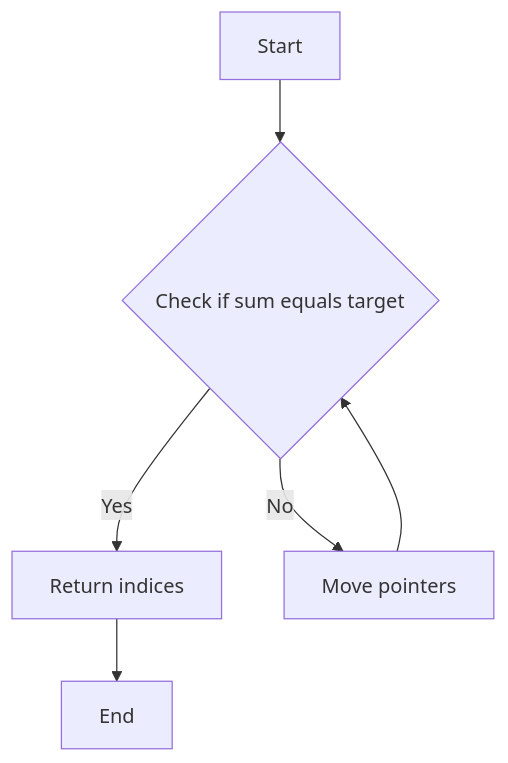
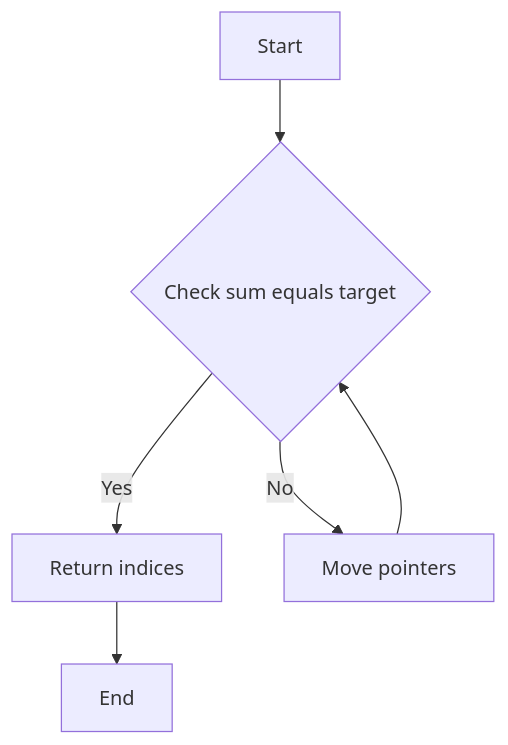
Before and after one commit to 42jerrykim/42jerrykim.github.io: the fourth of 7 diagrams in content/post/2024/2024-10-16-two-pointers/index.md, drawn with Mermaid. The commit also changed other lines of this file and 239 other files, not shown here.

````diff
--- a/content/post/2024/2024-10-16-two-pointers/index.md
+++ b/content/post/2024/2024-10-16-two-pointers/index.md
@@ -351,8 +361,8 @@
 ```mermaid
-graph TD;
-    A[Start] --> B{Check if sum equals target}
-    B -- Yes --> C[Return indices]
-    B -- No --> D[Move pointers]
-    D --> B
-    C --> E[End]
+flowchart TD
+    startNode["Start"] --> checkSum{"Check sum equals target"}
+    checkSum -->|"Yes"| returnIndices["Return indices"]
+    checkSum -->|"No"| movePointers["Move pointers"]
+    movePointers --> checkSum
+    returnIndices --> endNode["End"]
 ```
````
